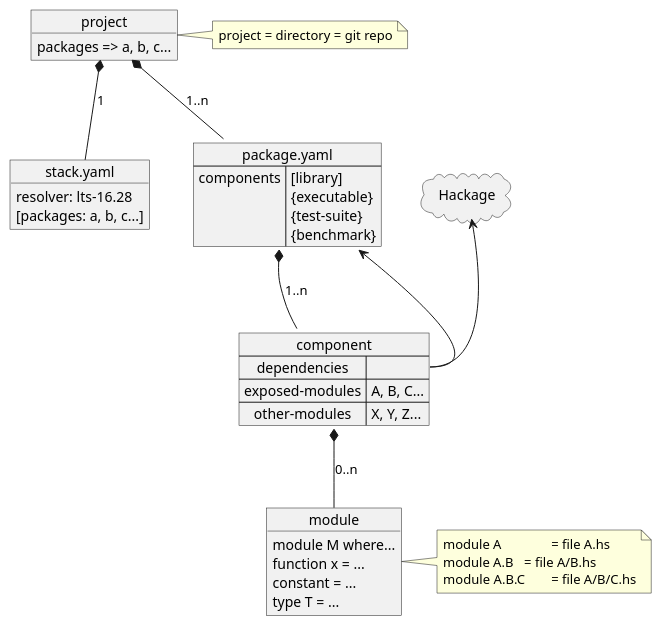
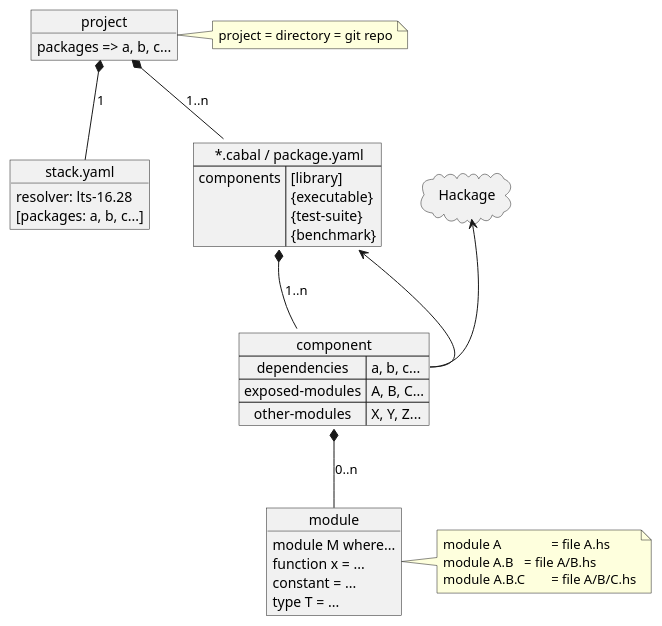
Before and after one commit to cblp/hse-haskell-course-src: the diagram in Lecture1/outline.md, drawn with PlantUML. The commit also changed other lines of this file and 1 other file, not shown here.

````diff
--- a/Lecture1/outline.md
+++ b/Lecture1/outline.md
@@ -79,44 +84,44 @@
 ```plantuml
 allowmixing
 
 object project {
     packages => a, b, c...
 }
 note right: project = directory = git repo
 
 object "stack.yaml" as stack_yaml {
     resolver: lts-16.28
     [packages: a, b, c...]
 }
 
-map "package.yaml" as package {
+map " *.cabal / package.yaml" as package {
     components => [library]\n{executable}\n{test-suite}\n{benchmark}
 }
 
 cloud Hackage
 
 map component {
-    dependencies    =>
+    dependencies    => a, b, c...
     exposed-modules => A, B, C...
     other-modules   => X, Y, Z...
 }
 
 object module {
     module M where...
     function x = ...
     constant = ...
     type T = ...
 }
 note right
     module A\t\t= file A.hs
     module A.B\t= file A/B.hs
     module A.B.C\t= file A/B/C.hs
 end note
 
 project   *-- stack_yaml : 1
 project   *-- package    : 1..n
 package   *-- component  : 1..n
 component *-- module     : 0..n
 package <-- component::dependencies
 Hackage <-- component::dependencies
 ```
````
